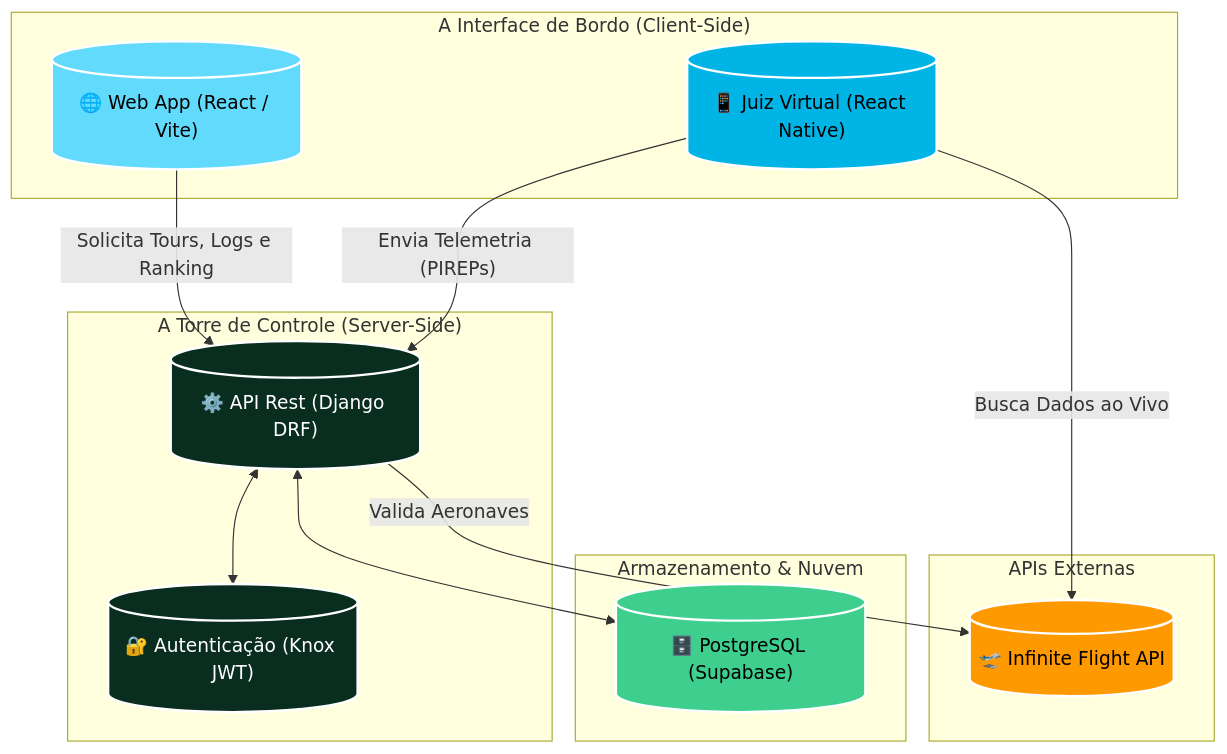
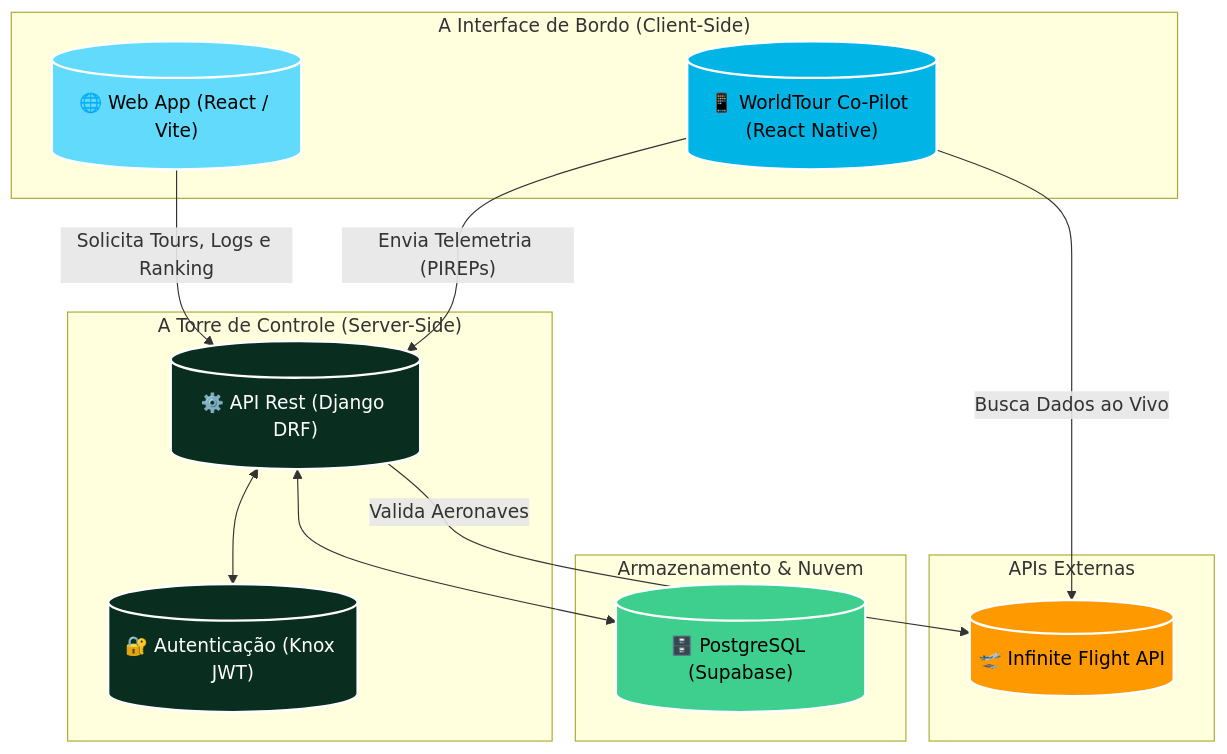
The diagram in README.md (Dalmocabral/infinite-flight-crew-center), drawn with Mermaid before and after one commit. The commit also changed other lines of this file and 2 other files, not shown here.

Commit message:
fix: translate backend notifications to English and rename tracker to WorldTour Co-Pilot

````diff
--- a/README.md
+++ b/README.md
@@ -35,35 +35,35 @@
 ```mermaid
 graph TD
     %% Cores e Estilos
     classDef frontend fill:#61DAFB,stroke:#fff,stroke-width:2px,color:#000;
     classDef backend fill:#092E20,stroke:#fff,stroke-width:2px,color:#fff;
     classDef mobile fill:#00b4e6,stroke:#fff,stroke-width:2px,color:#000;
     classDef db fill:#3ECF8E,stroke:#fff,stroke-width:2px,color:#000;
     classDef external fill:#FF9900,stroke:#fff,stroke-width:2px,color:#000;
 
     subgraph "A Interface de Bordo (Client-Side)"
         WEB[("🌐 Web App (React / Vite)")]:::frontend
-        MOBILE[("📱 Juiz Virtual (React Native)")]:::mobile
+        MOBILE[("📱 WorldTour Co-Pilot (React Native)")]:::mobile
     end
 
     subgraph "A Torre de Controle (Server-Side)"
         API[("⚙️ API Rest (Django DRF)")]:::backend
         AUTH[("🔐 Autenticação (Knox JWT)")]:::backend
     end
 
     subgraph "Armazenamento & Nuvem"
         DB[("🗄️ PostgreSQL (Supabase)")]:::db
     end
 
     subgraph "APIs Externas"
         IF_API[("🛫 Infinite Flight API")]:::external
     end
 
     %% Relações
     MOBILE -- "Envia Telemetria (PIREPs)" --> API
     MOBILE -- "Busca Dados ao Vivo" --> IF_API
     WEB -- "Solicita Tours, Logs e Ranking" --> API
     API <--> AUTH
     API <--> DB
     API -- "Valida Aeronaves" --> IF_API
 ```
````
